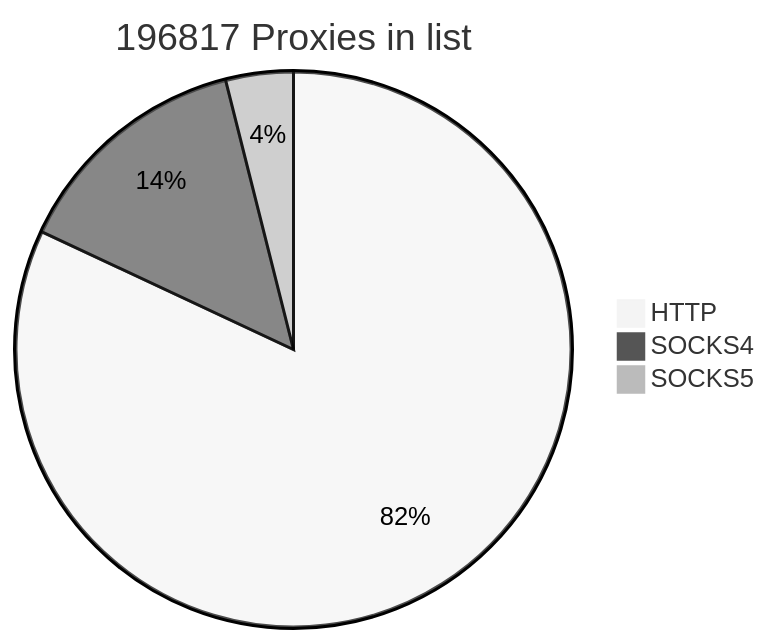
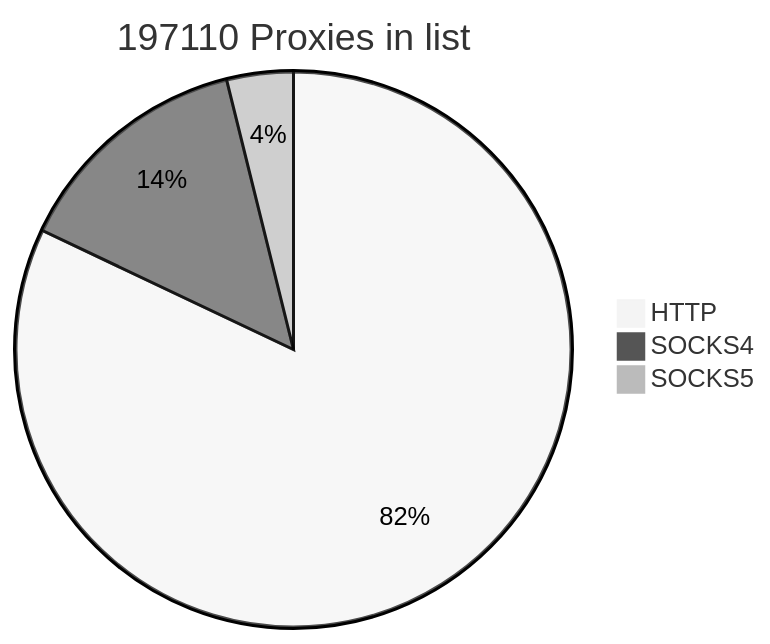
The first of 2 diagrams in README.md (cutipu/proxylist), drawn with Mermaid (neutral theme) before and after one commit. The commit also changed other lines of this file, not shown here.

````diff
--- a/README.md
+++ b/README.md
@@ -2,7 +2,7 @@
 ```mermaid
-pie title 196817 Proxies in list
-    "HTTP" : 161317
-    "SOCKS4" : 27763
-    "SOCKS5" : 7737
+pie title 197110 Proxies in list
+    "HTTP" : 161716
+    "SOCKS4" : 27766
+    "SOCKS5" : 7628
             
 ```
````
